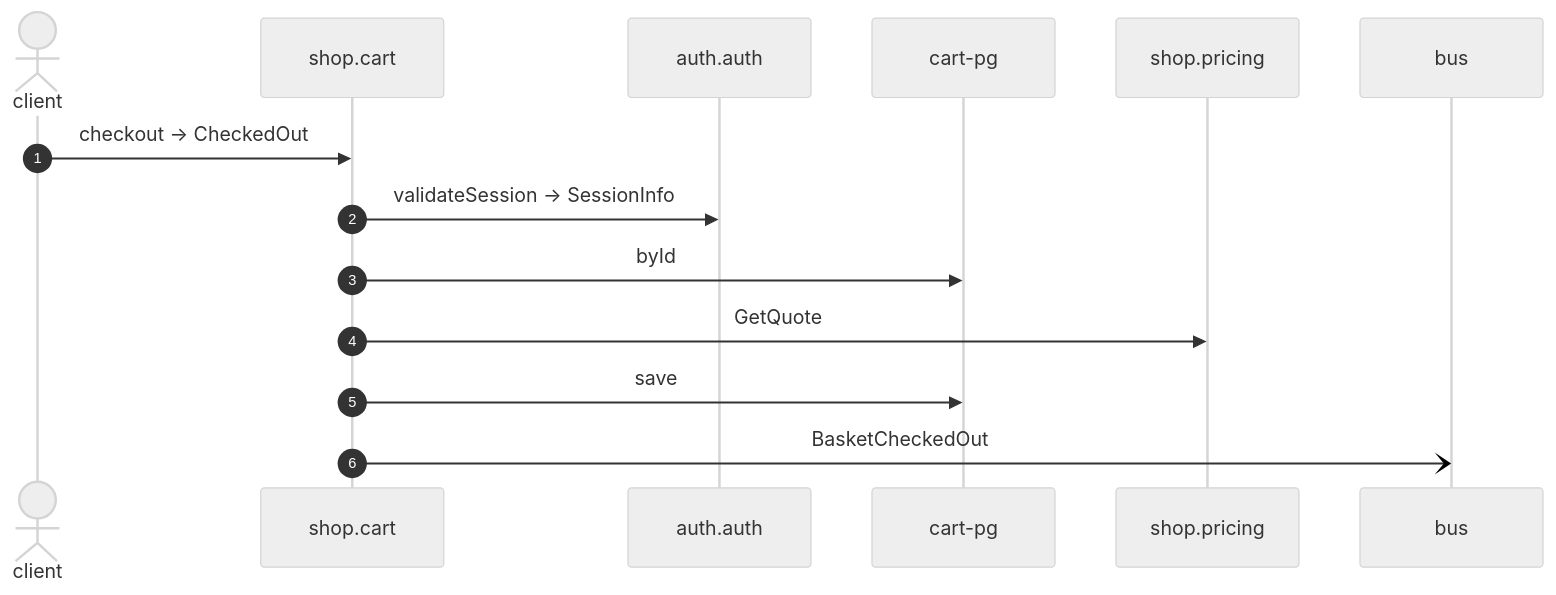
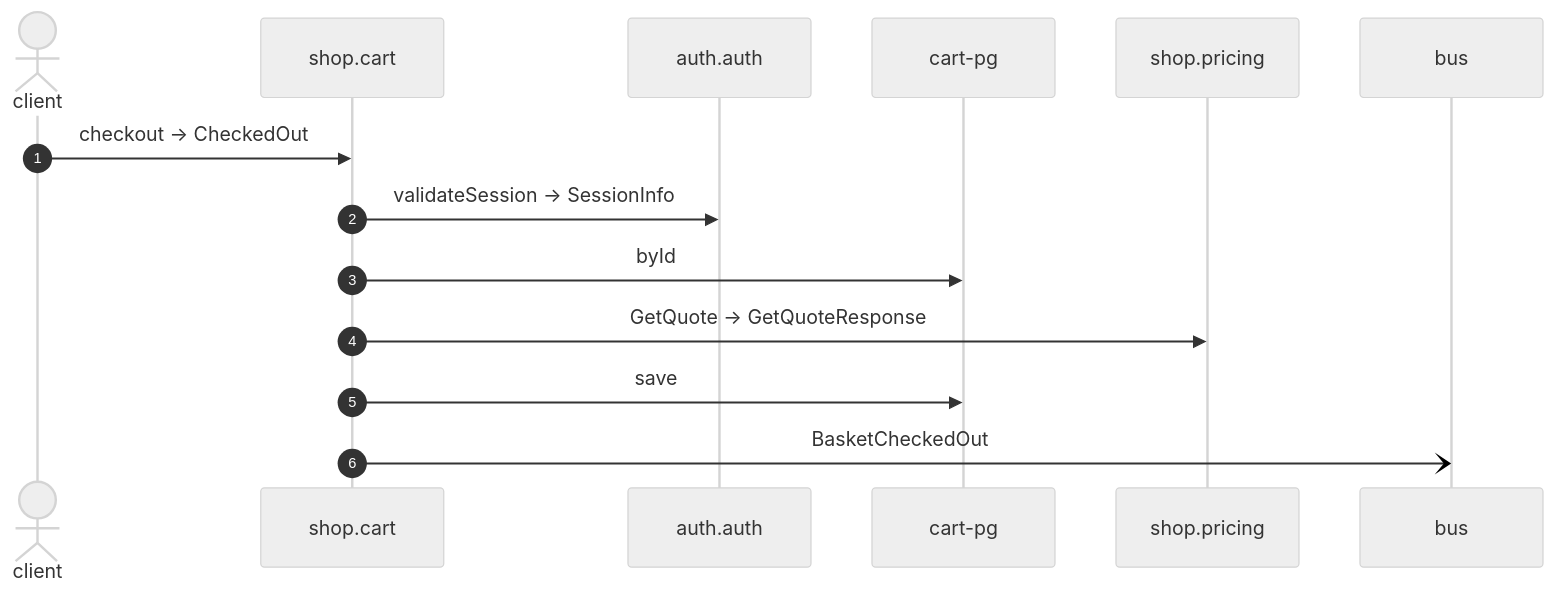
The diagram in docs/flows/cart-checkout.md (shortlink-org/portolan), drawn with Mermaid (neutral theme) before and after one commit. The commit also changed other lines of this file and 159 other files, not shown here.

````diff
--- a/docs/flows/cart-checkout.md
+++ b/docs/flows/cart-checkout.md
@@ -22,16 +22,16 @@
 ```mermaid
 sequenceDiagram
     autonumber
     actor p0 as client
     participant p1 as shop.cart
     participant p2 as auth.auth
     participant p3 as cart-pg
     participant p4 as shop.pricing
     participant p5 as bus
     p0->>p1: checkout → CheckedOut
     p1->>p2: validateSession → SessionInfo
     p1->>p3: byId
-    p1->>p4: GetQuote
+    p1->>p4: GetQuote → GetQuoteResponse
     p1->>p3: save
     p1-)p5: BasketCheckedOut
 ```
````
